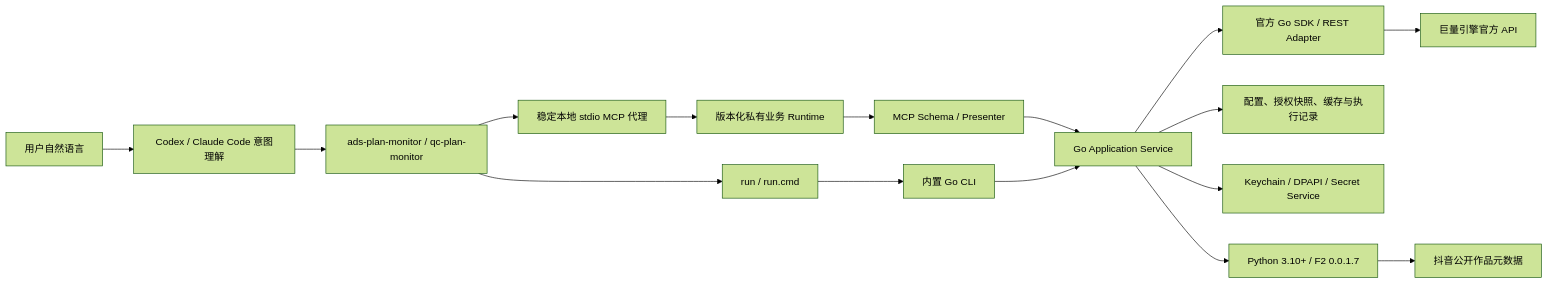
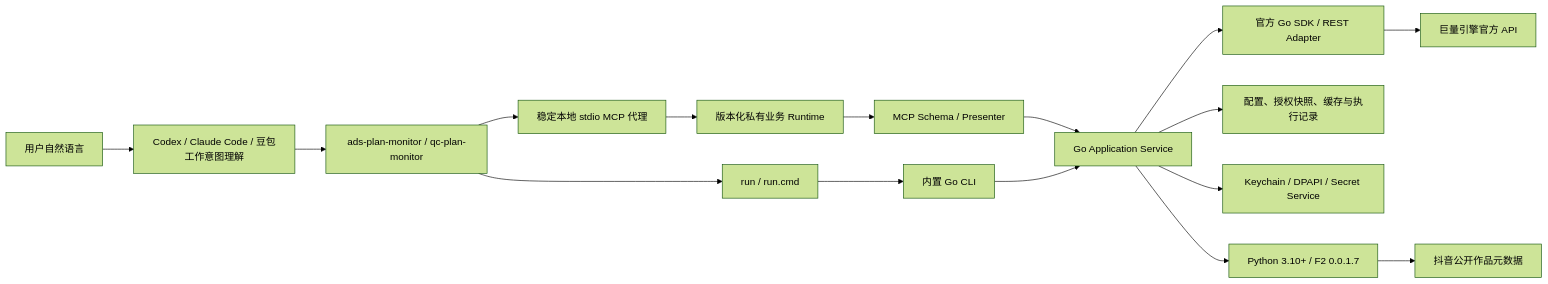
The diagram in docs/architecture.md (westng/ocean-watch), drawn with Mermaid (forest theme) before and after one commit. The commit also changed 3 other files, not shown here.

````diff
--- a/docs/architecture.md
+++ b/docs/architecture.md
@@ -5,18 +5,18 @@
 ```mermaid
 flowchart LR
-    User["用户自然语言"] --> Host["Codex / Claude Code 意图理解"]
+    User["用户自然语言"] --> Host["Codex / Claude Code / 豆包工作意图理解"]
     Host --> Skill["ads-plan-monitor / qc-plan-monitor"]
     Skill --> MCP["稳定本地 stdio MCP 代理"]
     MCP --> Runtime["版本化私有业务 Runtime"]
     Runtime --> MCPPresenter["MCP Schema / Presenter"]
     MCPPresenter --> Application["Go Application Service"]
     Skill --> Launcher["run / run.cmd"]
     Launcher --> Go["内置 Go CLI"]
     Go --> Application
     Application --> SDK["官方 Go SDK / REST Adapter"]
     SDK --> API["巨量引擎官方 API"]
     Application --> State["配置、授权快照、缓存与执行记录"]
     Application --> Secrets["Keychain / DPAPI / Secret Service"]
     Application --> F2["Python 3.10+ / F2 0.0.1.7"]
     F2 --> Public["抖音公开作品元数据"]
 ```
````
